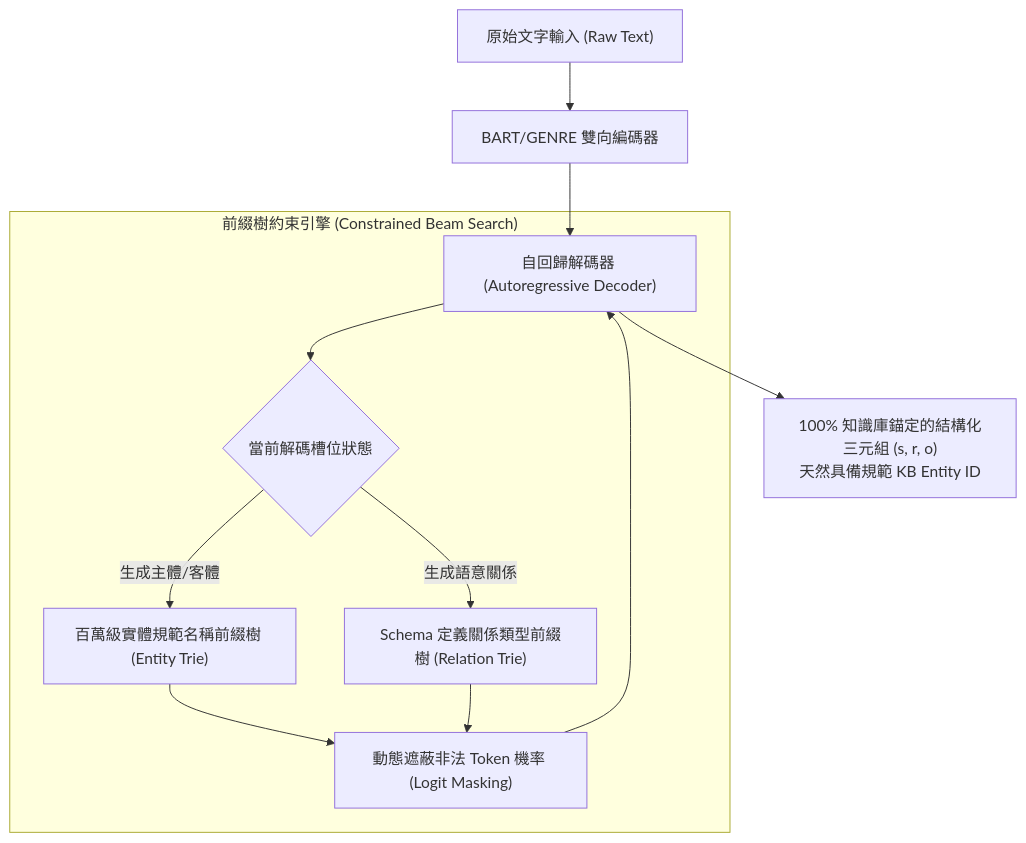
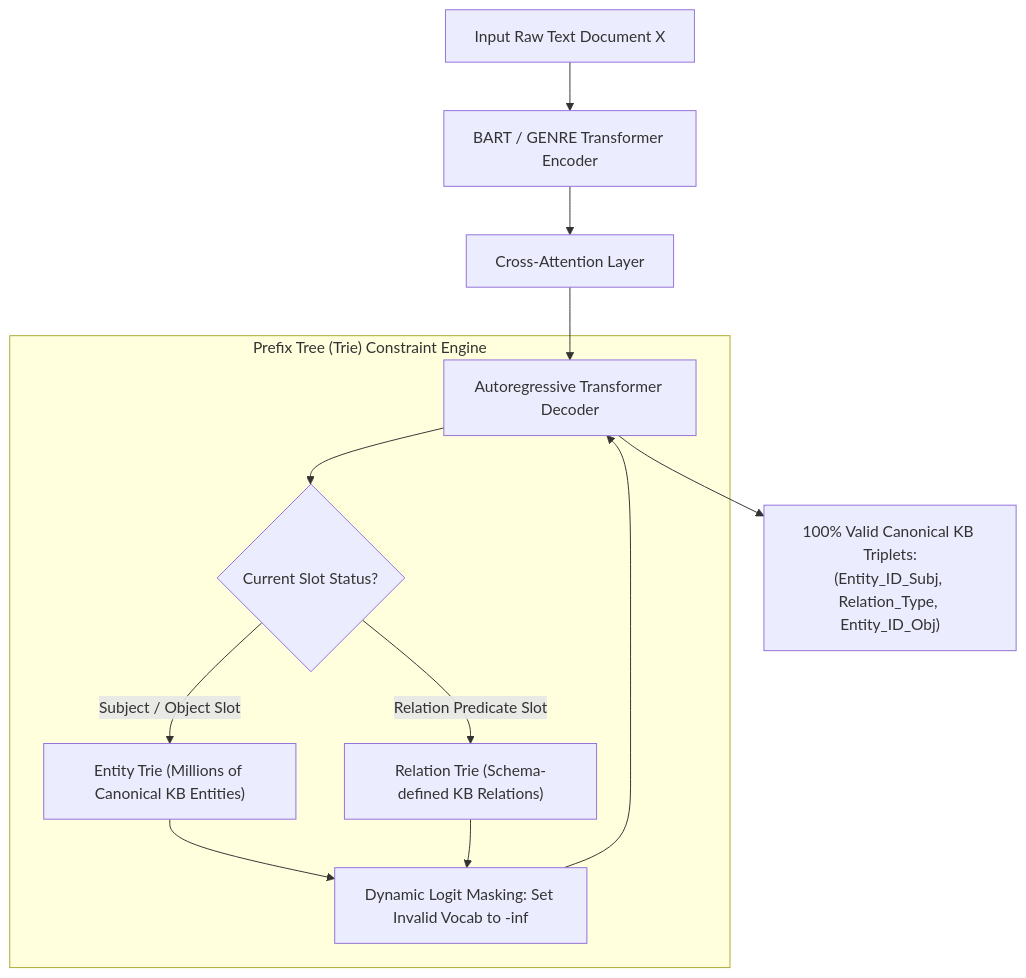
The diagram in 03 - 論文庫 (Literature Notes)/04 - Knowledge & Graph RAG/(NAACL 2022-07) GenIE - Generative Information Extraction.md (Cycl0n3-ga/RAG-survey), drawn with Mermaid before and after one commit. The commit also changed other lines of this file and 12 other files, not shown here.

````diff
--- a/03 - 論文庫 (Literature Notes)/04 - Knowledge & Graph RAG/(NAACL 2022-07) GenIE - Generative Information Extraction.md
+++ b/03 - 論文庫 (Literature Notes)/04 - Knowledge & Graph RAG/(NAACL 2022-07) GenIE - Generative Information Extraction.md
@@ -102,18 +113,21 @@
 ```mermaid
 flowchart TD
-    RawText["原始文字輸入 (Raw Text)"] --> SeqEnc["BART/GENRE 雙向編碼器"]
-    SeqEnc --> AutoDec["自回歸解碼器 (Autoregressive Decoder)"]
+    RawSentence["Input Raw Text Document X"] --> SeqEnc["BART / GENRE Transformer Encoder"]
+    SeqEnc --> CrossAttn["Cross-Attention Layer"]
+    CrossAttn --> AutoDec["Autoregressive Transformer Decoder"]
     
-    subgraph constraint["前綴樹約束引擎 (Constrained Beam Search)"]
-        EntityTrie["百萬級實體規範名稱前綴樹 (Entity Trie)"]
-        RelTrie["Schema 定義關係類型前綴樹 (Relation Trie)"]
-        AutoDec --> TrieCheck{"當前解碼槽位狀態"}
-        TrieCheck -->|生成主體/客體| EntityTrie
-        TrieCheck -->|生成語意關係| RelTrie
-        EntityTrie --> MaskVocab["動態遮蔽非法 Token 機率 (Logit Masking)"]
-        RelTrie --> MaskVocab
-        MaskVocab --> AutoDec
+    subgraph trie_engine["Prefix Tree (Trie) Constraint Engine"]
+        EntityTrie["Entity Trie (Millions of Canonical KB Entities)"]
+        RelTrie["Relation Trie (Schema-defined KB Relations)"]
+        
+        AutoDec --> StateCheck{"Current Slot Status?"}
+        StateCheck -->|Subject / Object Slot| EntityTrie
+        StateCheck -->|Relation Predicate Slot| RelTrie
+        
+        EntityTrie --> LogitMask["Dynamic Logit Masking: Set Invalid Vocab to -inf"]
+        RelTrie --> LogitMask
+        LogitMask --> AutoDec
     end
     
-    AutoDec --> CleanTriplets["100% 知識庫錨定的結構化三元組 (s, r, o)<br/>天然具備規範 KB Entity ID"]
+    AutoDec --> CanonicalTriples["100% Valid Canonical KB Triplets:<br/>(Entity_ID_Subj, Relation_Type, Entity_ID_Obj)"]
 ```
````
